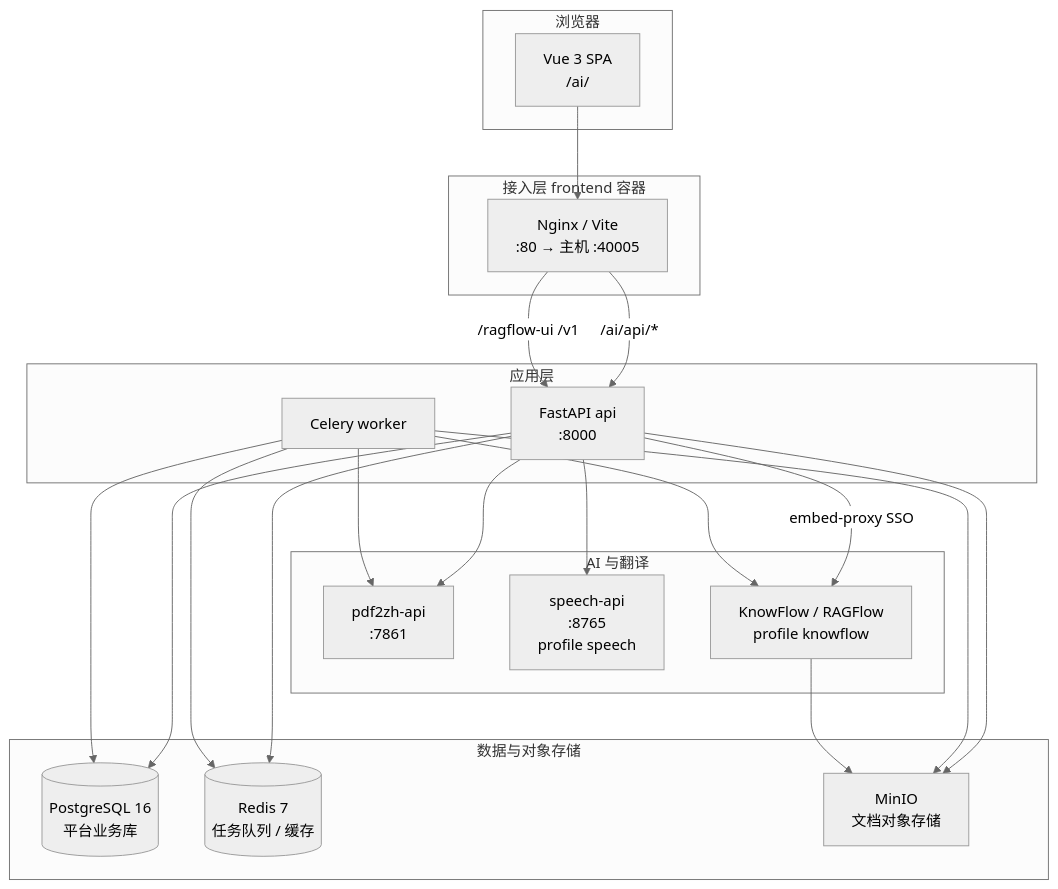
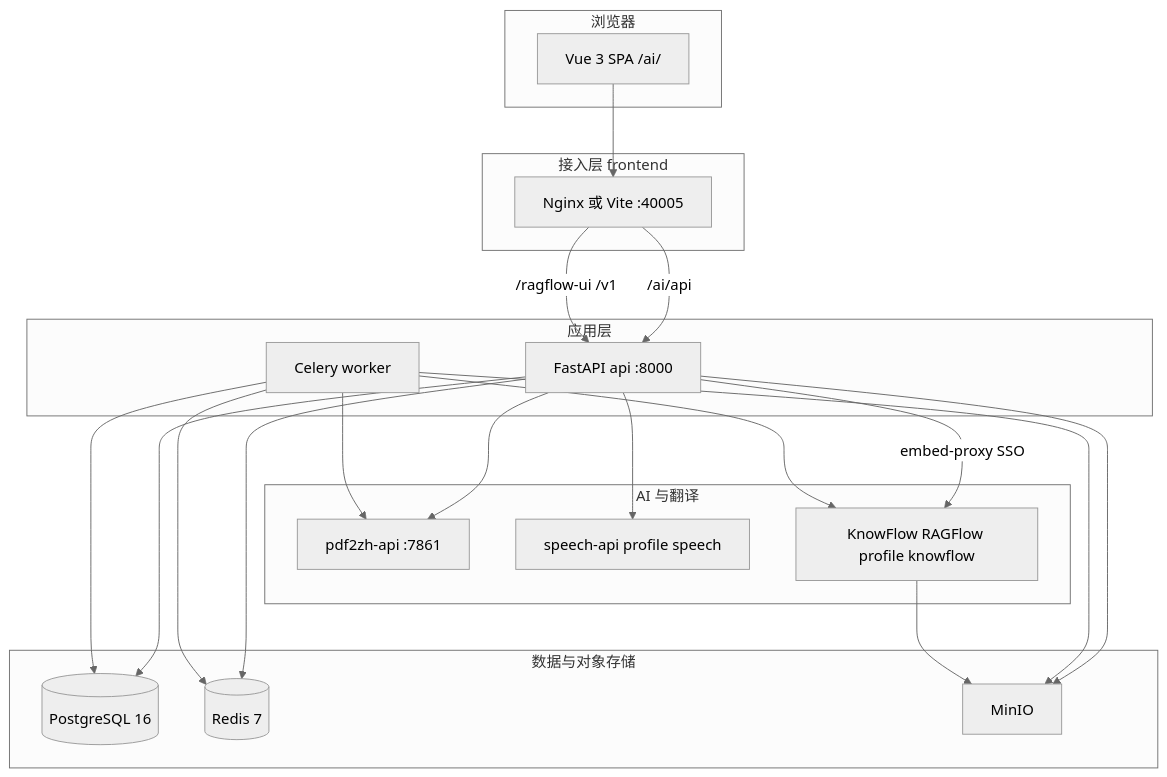
One commit to zhibinQiu/benxi changed the first of 5 diagrams in 运维部署指南.md. Above: the diagram before and after it, drawn with Mermaid (neutral theme). The commit also changed other lines of this file and 338 other files, not shown here.

````diff
--- a/运维部署指南.md
+++ b/运维部署指南.md
@@ -61,43 +65,43 @@
 ```mermaid
 flowchart TB
-  subgraph client [浏览器]
-    SPA["Vue 3 SPA<br/>/ai/"]
+  subgraph client["浏览器"]
+    SPA["Vue 3 SPA /ai/"]
   end
 
-  subgraph edge [接入层 frontend 容器]
-    NGX["Nginx / Vite<br/>:80 → 主机 :40005"]
+  subgraph edge["接入层 frontend"]
+    NGX["Nginx 或 Vite :40005"]
   end
 
-  subgraph app [应用层]
-    API["FastAPI api<br/>:8000"]
+  subgraph app["应用层"]
+    API["FastAPI api :8000"]
     WRK["Celery worker"]
   end
 
-  subgraph data [数据与对象存储]
-    PG[("PostgreSQL 16<br/>平台业务库")]
-    RD[("Redis 7<br/>任务队列 / 缓存")]
-    MN["MinIO<br/>文档对象存储"]
+  subgraph data["数据与对象存储"]
+    PG[("PostgreSQL 16")]
+    RD[("Redis 7")]
+    MN["MinIO"]
   end
 
-  subgraph ai [AI 与翻译]
-    P2Z["pdf2zh-api<br/>:7861"]
-    SP["speech-api<br/>:8765<br/>profile speech"]
-    KF["KnowFlow / RAGFlow<br/>profile knowflow"]
+  subgraph ai["AI 与翻译"]
+    P2Z["pdf2zh-api :7861"]
+    SP["speech-api profile speech"]
+    KF["KnowFlow RAGFlow profile knowflow"]
   end
 
   SPA --> NGX
-  NGX -->|"/ai/api/*"| API
+  NGX -->|"/ai/api"| API
   NGX -->|"/ragflow-ui /v1"| API
   API --> PG
   API --> RD
   API --> MN
   API --> P2Z
   API --> SP
-  API -->|"embed-proxy SSO"| KF
+  API -->|embed-proxy SSO| KF
   WRK --> PG
   WRK --> RD
   WRK --> MN
   WRK --> P2Z
   WRK --> KF
   KF --> MN
 ```
````
